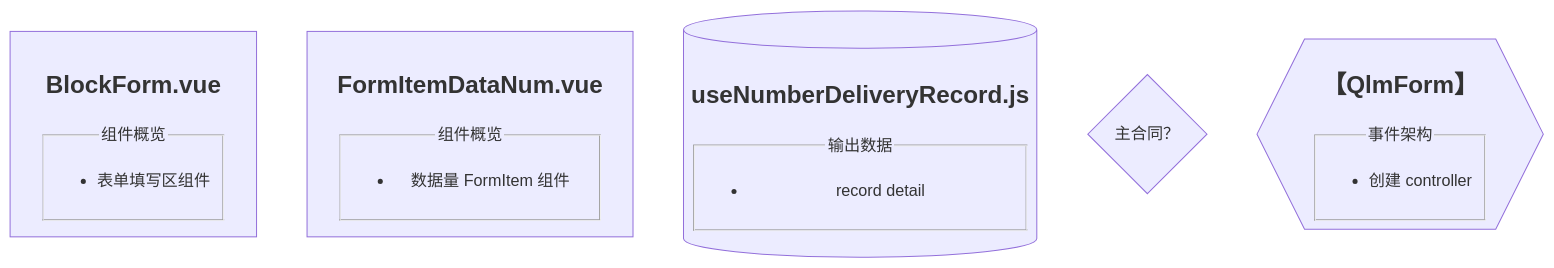
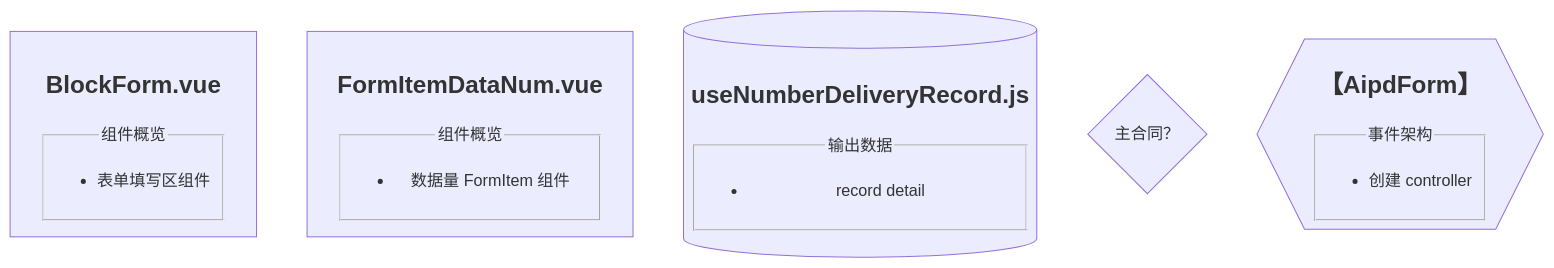
Before and after one commit to KarnaughK/AIPD: the seventh of 9 diagrams in aipd-skill/src/core/L5-dev/vue-architecture-diagram-guide.md, drawn with Mermaid. The commit also changed other lines of this file and 63 other files, not shown here.

````diff
--- a/aipd-skill/src/core/L5-dev/vue-architecture-diagram-guide.md
+++ b/aipd-skill/src/core/L5-dev/vue-architecture-diagram-guide.md
@@ -363,8 +365,8 @@
 ```mermaid
 flowchart TD
     vue_BlockForm["<h2>BlockForm.vue</h2><fieldset><legend>组件概览</legend><ul><li>表单填写区组件</li></ul></fieldset>"]
     vue_FormItemDataNum["<h2>FormItemDataNum.vue</h2><fieldset><legend>组件概览</legend><ul><li>数据量 FormItem 组件</li></ul></fieldset>"]
     js_useNumberDeliveryRecord[("<h2>useNumberDeliveryRecord.js</h2><fieldset><legend>输出数据</legend><ul><li>record detail</li></ul></fieldset>")]
     judge_isMainContract{"主合同？"}
-    controller_QlmForm{{"<h2>【QlmForm】</h2><fieldset><legend>事件架构</legend><ul><li>创建 controller</li></ul></fieldset>"}}
+    controller_AipdForm{{"<h2>【AipdForm】</h2><fieldset><legend>事件架构</legend><ul><li>创建 controller</li></ul></fieldset>"}}
 ```
````
